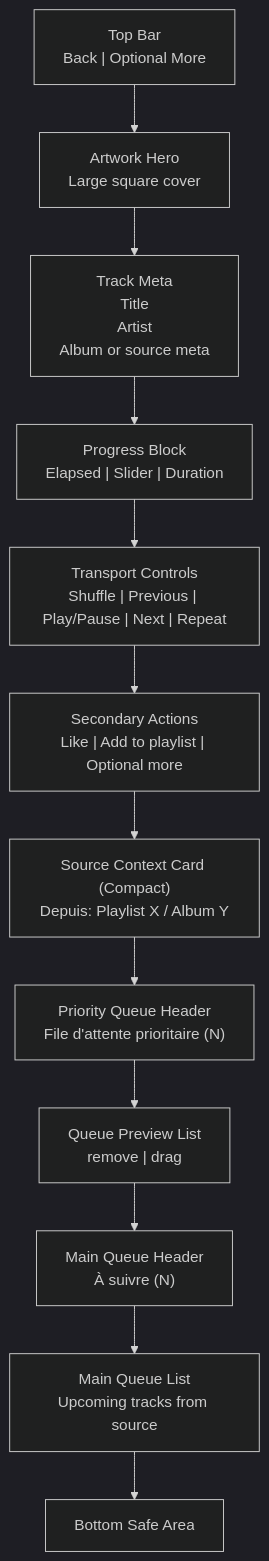
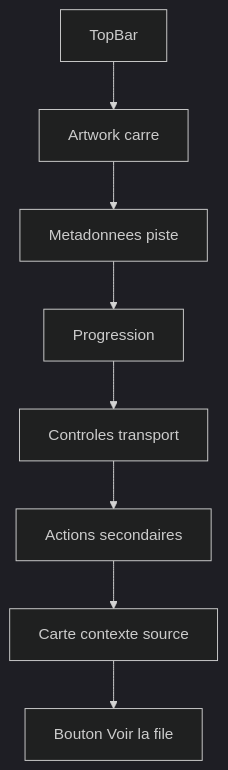
One commit to tibo00000/AURA changed the diagram in docs/android/screens/player-layout.md. Above: the diagram before and after it, drawn with Mermaid (dark theme). The commit also changed other lines of this file and 7 other files, not shown here.

````diff
--- a/docs/android/screens/player-layout.md
+++ b/docs/android/screens/player-layout.md
@@ -14,14 +29,10 @@
 ```mermaid
 flowchart TD
-    A["Top Bar\nBack | Optional More"] --> B["Artwork Hero\nLarge square cover"]
-    B --> C["Track Meta\nTitle\nArtist\nAlbum or source meta"]
-    C --> D["Progress Block\nElapsed | Slider | Duration"]
-    D --> E["Transport Controls\nShuffle | Previous | Play/Pause | Next | Repeat"]
-    E --> F["Secondary Actions\nLike | Add to playlist | Optional more"]
-    F --> G["Source Context Card (Compact)\nDepuis: Playlist X / Album Y"]
-    G --> H["Priority Queue Header\nFile d'attente prioritaire (N)"]
-    H --> I["Queue Preview List\nremove | drag"]
-    I --> J["Main Queue Header\nÀ suivre (N)"]
-    J --> K["Main Queue List\nUpcoming tracks from source"]
-    K --> L["Bottom Safe Area"]
+    A["TopBar"] --> B["Artwork carre"]
+    B --> C["Metadonnees piste"]
+    C --> D["Progression"]
+    D --> E["Controles transport"]
+    E --> F["Actions secondaires"]
+    F --> G["Carte contexte source"]
+    G --> H["Bouton Voir la file"]
 ```
````
